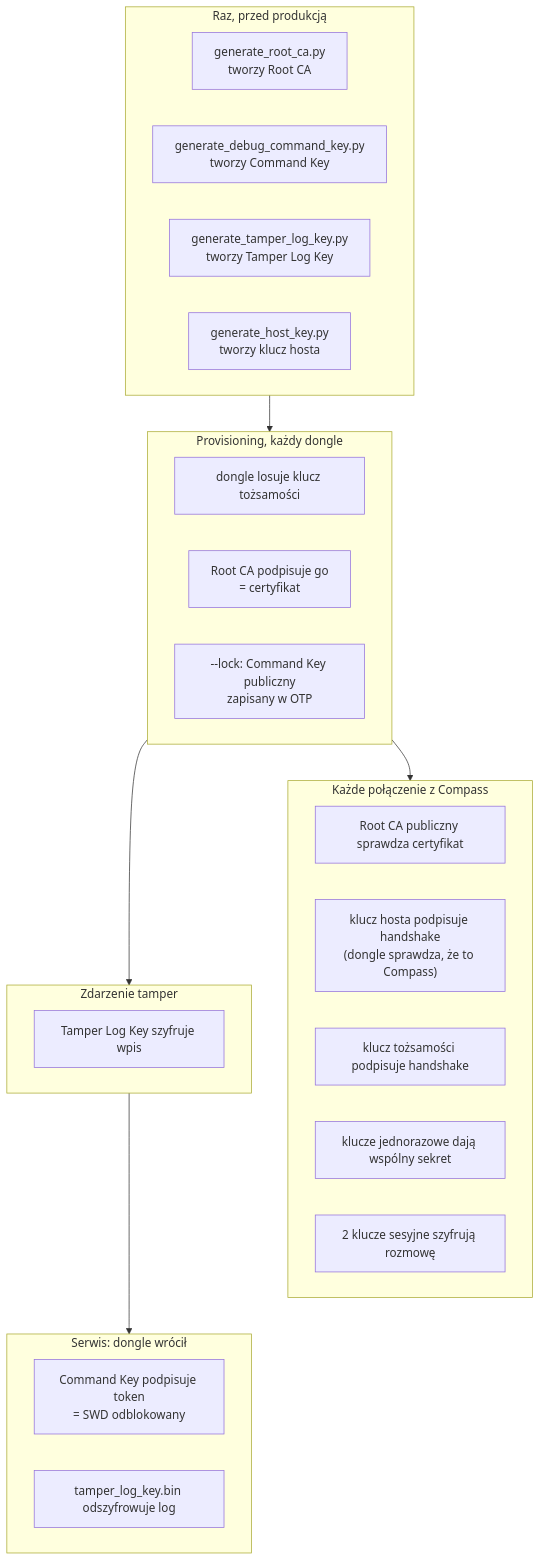
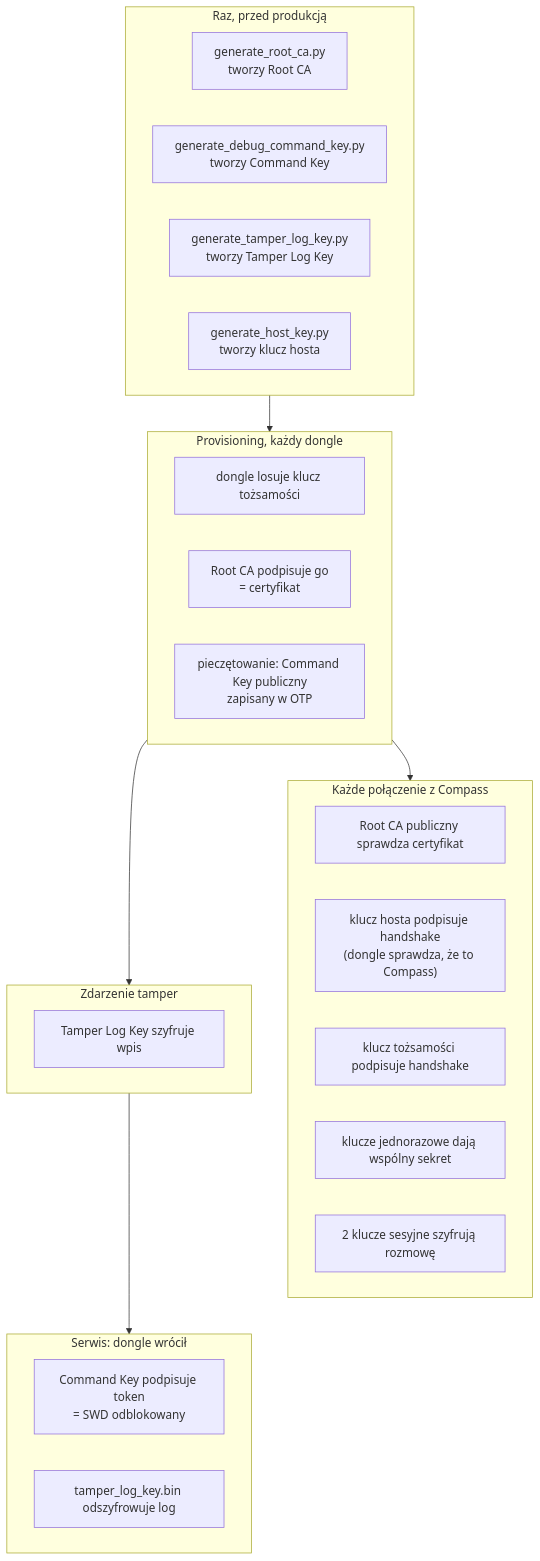
Before and after one commit to michalkkkd/keyadmin: the first of 6 diagrams in docs/security/klucze_i_provisioning.md, drawn with Mermaid. The commit also changed other lines of this file and 21 other files, not shown here.

````diff
--- a/docs/security/klucze_i_provisioning.md
+++ b/docs/security/klucze_i_provisioning.md
@@ -32,34 +32,34 @@
 ```mermaid
 flowchart TB
     subgraph P0["Raz, przed produkcją"]
         direction LR
         g1["generate_root_ca.py<br/>tworzy Root CA"]
         g2["generate_debug_command_key.py<br/>tworzy Command Key"]
         g3["generate_tamper_log_key.py<br/>tworzy Tamper Log Key"]
         g4["generate_host_key.py<br/>tworzy klucz hosta"]
     end
     subgraph P1["Provisioning, każdy dongle"]
         direction LR
         p1["dongle losuje klucz tożsamości"]
         p2["Root CA podpisuje go<br/>= certyfikat"]
-        p3["--lock: Command Key publiczny<br/>zapisany w OTP"]
+        p3["pieczętowanie: Command Key publiczny<br/>zapisany w OTP"]
     end
     subgraph P2["Każde połączenie z Compass"]
         direction LR
         c1["Root CA publiczny sprawdza certyfikat"]
         c0["klucz hosta podpisuje handshake<br/>(dongle sprawdza, że to Compass)"]
         c2["klucz tożsamości podpisuje handshake"]
         c3["klucze jednorazowe dają wspólny sekret"]
         c4["2 klucze sesyjne szyfrują rozmowę"]
     end
     subgraph P3["Zdarzenie tamper"]
         t1["Tamper Log Key szyfruje wpis"]
     end
     subgraph P4["Serwis: dongle wrócił"]
         direction LR
         s1["Command Key podpisuje token<br/>= SWD odblokowany"]
         s2["tamper_log_key.bin odszyfrowuje log"]
     end
     P0 --> P1 --> P2
     P1 --> P3 --> P4
 ```
````
